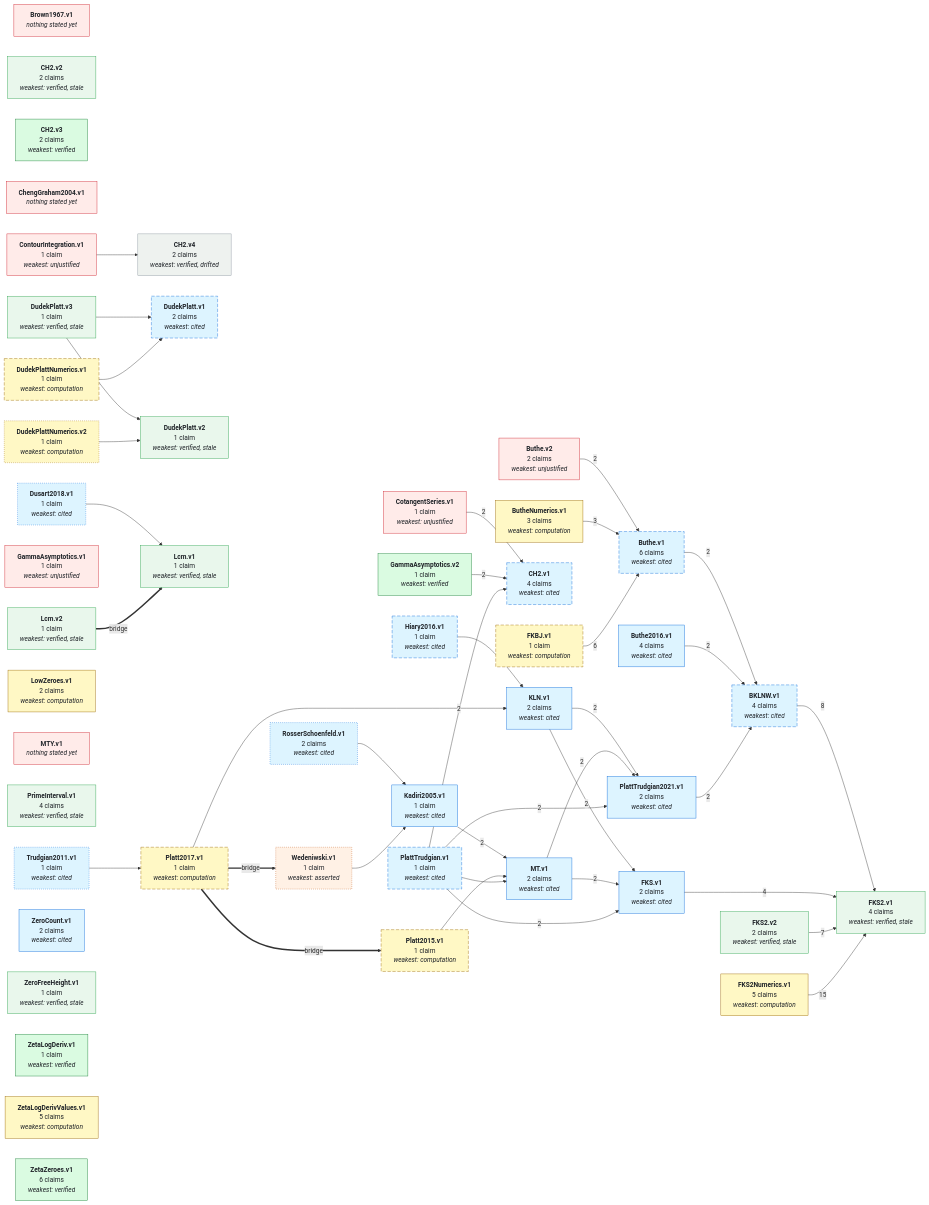
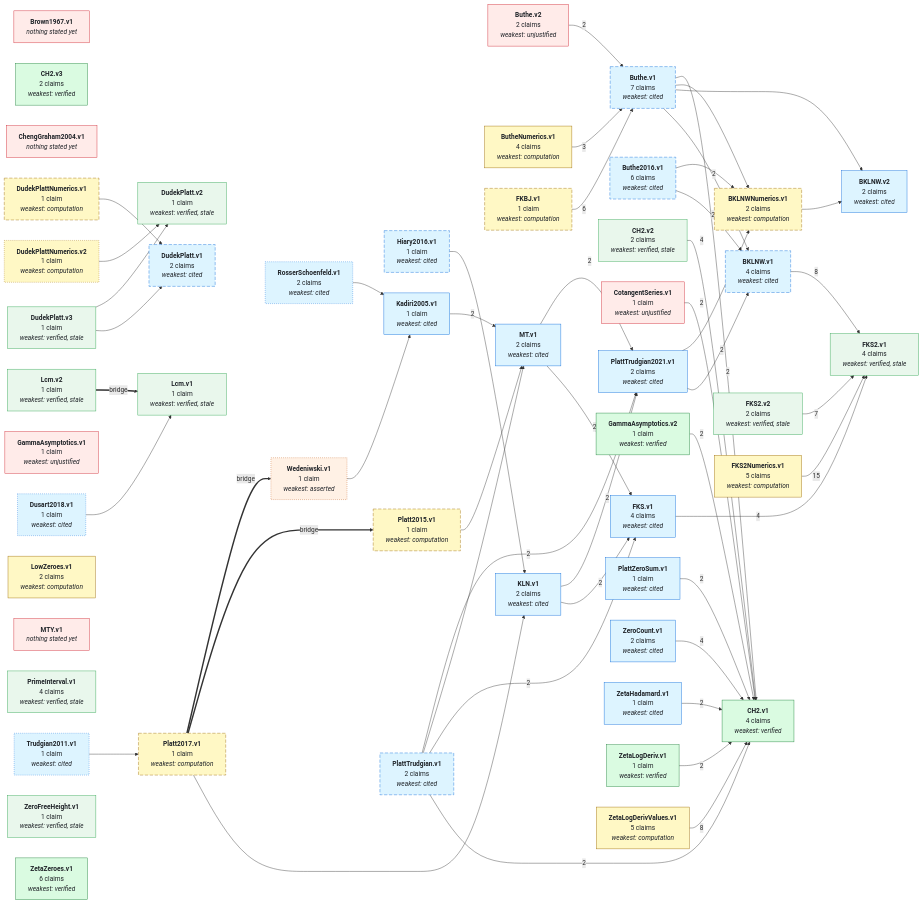
One commit to teorth/IEANTN changed the first of 2 diagrams in GRAPH.md. Above: the diagram before and after it, drawn with Mermaid. The commit also changed other lines of this file and 17 other files, not shown here.

````diff
--- a/GRAPH.md
+++ b/GRAPH.md
@@ -53,17 +53,17 @@
 ```mermaid
 graph LR
   NBKLNW_v1["<b>BKLNW.v1</b><br/>4 claims<br/><i>weakest: cited</i>"]
+  NBKLNW_v2["<b>BKLNW.v2</b><br/>2 claims<br/><i>weakest: cited</i>"]
+  NBKLNWNumerics_v1["<b>BKLNWNumerics.v1</b><br/>2 claims<br/><i>weakest: computation</i>"]
   NBrown1967_v1["<b>Brown1967.v1</b><br/><i>nothing stated yet</i>"]
-  NButhe_v1["<b>Buthe.v1</b><br/>6 claims<br/><i>weakest: cited</i>"]
+  NButhe_v1["<b>Buthe.v1</b><br/>7 claims<br/><i>weakest: cited</i>"]
   NButhe_v2["<b>Buthe.v2</b><br/>2 claims<br/><i>weakest: unjustified</i>"]
-  NButhe2016_v1["<b>Buthe2016.v1</b><br/>4 claims<br/><i>weakest: cited</i>"]
-  NButheNumerics_v1["<b>ButheNumerics.v1</b><br/>3 claims<br/><i>weakest: computation</i>"]
-  NCH2_v1["<b>CH2.v1</b><br/>4 claims<br/><i>weakest: cited</i>"]
+  NButhe2016_v1["<b>Buthe2016.v1</b><br/>6 claims<br/><i>weakest: cited</i>"]
+  NButheNumerics_v1["<b>ButheNumerics.v1</b><br/>4 claims<br/><i>weakest: computation</i>"]
+  NCH2_v1["<b>CH2.v1</b><br/>4 claims<br/><i>weakest: verified</i>"]
   NCH2_v2["<b>CH2.v2</b><br/>2 claims<br/><i>weakest: verified, stale</i>"]
   NCH2_v3["<b>CH2.v3</b><br/>2 claims<br/><i>weakest: verified</i>"]
-  NCH2_v4["<b>CH2.v4</b><br/>2 claims<br/><i>weakest: verified, drifted</i>"]
   NChengGraham2004_v1["<b>ChengGraham2004.v1</b><br/><i>nothing stated yet</i>"]
-  NContourIntegration_v1["<b>ContourIntegration.v1</b><br/>1 claim<br/><i>weakest: unjustified</i>"]
   NCotangentSeries_v1["<b>CotangentSeries.v1</b><br/>1 claim<br/><i>weakest: unjustified</i>"]
   NDudekPlatt_v1["<b>DudekPlatt.v1</b><br/>2 claims<br/><i>weakest: cited</i>"]
   NDudekPlatt_v2["<b>DudekPlatt.v2</b><br/>1 claim<br/><i>weakest: verified, stale</i>"]
@@ -72,7 +72,7 @@
   NDudekPlattNumerics_v2["<b>DudekPlattNumerics.v2</b><br/>1 claim<br/><i>weakest: computation</i>"]
   NDusart2018_v1["<b>Dusart2018.v1</b><br/>1 claim<br/><i>weakest: cited</i>"]
   NFKBJ_v1["<b>FKBJ.v1</b><br/>1 claim<br/><i>weakest: computation</i>"]
-  NFKS_v1["<b>FKS.v1</b><br/>2 claims<br/><i>weakest: cited</i>"]
+  NFKS_v1["<b>FKS.v1</b><br/>4 claims<br/><i>weakest: cited</i>"]
   NFKS2_v1["<b>FKS2.v1</b><br/>4 claims<br/><i>weakest: verified, stale</i>"]
   NFKS2_v2["<b>FKS2.v2</b><br/>2 claims<br/><i>weakest: verified, stale</i>"]
   NFKS2Numerics_v1["<b>FKS2Numerics.v1</b><br/>5 claims<br/><i>weakest: computation</i>"]
@@ -88,23 +88,30 @@
   NMTY_v1["<b>MTY.v1</b><br/><i>nothing stated yet</i>"]
   NPlatt2015_v1["<b>Platt2015.v1</b><br/>1 claim<br/><i>weakest: computation</i>"]
   NPlatt2017_v1["<b>Platt2017.v1</b><br/>1 claim<br/><i>weakest: computation</i>"]
-  NPlattTrudgian_v1["<b>PlattTrudgian.v1</b><br/>1 claim<br/><i>weakest: cited</i>"]
+  NPlattTrudgian_v1["<b>PlattTrudgian.v1</b><br/>2 claims<br/><i>weakest: cited</i>"]
   NPlattTrudgian2021_v1["<b>PlattTrudgian2021.v1</b><br/>2 claims<br/><i>weakest: cited</i>"]
+  NPlattZeroSum_v1["<b>PlattZeroSum.v1</b><br/>1 claim<br/><i>weakest: cited</i>"]
   NPrimeInterval_v1["<b>PrimeInterval.v1</b><br/>4 claims<br/><i>weakest: verified, stale</i>"]
   NRosserSchoenfeld_v1["<b>RosserSchoenfeld.v1</b><br/>2 claims<br/><i>weakest: cited</i>"]
   NTrudgian2011_v1["<b>Trudgian2011.v1</b><br/>1 claim<br/><i>weakest: cited</i>"]
   NWedeniwski_v1["<b>Wedeniwski.v1</b><br/>1 claim<br/><i>weakest: asserted</i>"]
   NZeroCount_v1["<b>ZeroCount.v1</b><br/>2 claims<br/><i>weakest: cited</i>"]
   NZeroFreeHeight_v1["<b>ZeroFreeHeight.v1</b><br/>1 claim<br/><i>weakest: verified, stale</i>"]
+  NZetaHadamard_v1["<b>ZetaHadamard.v1</b><br/>1 claim<br/><i>weakest: cited</i>"]
   NZetaLogDeriv_v1["<b>ZetaLogDeriv.v1</b><br/>1 claim<br/><i>weakest: verified</i>"]
   NZetaLogDerivValues_v1["<b>ZetaLogDerivValues.v1</b><br/>5 claims<br/><i>weakest: computation</i>"]
   NZetaZeroes_v1["<b>ZetaZeroes.v1</b><br/>6 claims<br/><i>weakest: verified</i>"]
   NBKLNW_v1 -->|8| NFKS2_v1
+  NBKLNWNumerics_v1 --> NBKLNW_v2
   NButhe_v1 -->|2| NBKLNW_v1
+  NButhe_v1 --> NBKLNW_v2
+  NButhe_v1 --> NBKLNWNumerics_v1
+  NButhe_v1 -->|2| NCH2_v1
   NButhe_v2 -->|2| NButhe_v1
   NButhe2016_v1 -->|2| NBKLNW_v1
+  NButhe2016_v1 --> NBKLNWNumerics_v1
   NButheNumerics_v1 -->|3| NButhe_v1
-  NContourIntegration_v1 --> NCH2_v4
+  NCH2_v2 -->|4| NCH2_v1
   NCotangentSeries_v1 -->|2| NCH2_v1
   NDudekPlatt_v3 --> NDudekPlatt_v1
   NDudekPlatt_v3 --> NDudekPlatt_v2
@@ -129,15 +136,22 @@
   NPlattTrudgian_v1 --> NMT_v1
   NPlattTrudgian_v1 -->|2| NPlattTrudgian2021_v1
   NPlattTrudgian2021_v1 -->|2| NBKLNW_v1
+  NPlattTrudgian2021_v1 --> NBKLNWNumerics_v1
+  NPlattZeroSum_v1 -->|2| NCH2_v1
   NRosserSchoenfeld_v1 --> NKadiri2005_v1
   NTrudgian2011_v1 --> NPlatt2017_v1
   NWedeniwski_v1 --> NKadiri2005_v1
+  NZeroCount_v1 -->|4| NCH2_v1
+  NZetaHadamard_v1 -->|2| NCH2_v1
+  NZetaLogDeriv_v1 -->|2| NCH2_v1
+  NZetaLogDerivValues_v1 -->|8| NCH2_v1
   NLcm_v2 ==>|bridge| NLcm_v1
   NPlatt2017_v1 ==>|bridge| NPlatt2015_v1
   NPlatt2017_v1 ==>|bridge| NWedeniwski_v1
   style NBKLNW_v1 stroke-dasharray: 8 4;
+  style NBKLNWNumerics_v1 stroke-dasharray: 8 4;
   style NButhe_v1 stroke-dasharray: 8 4;
-  style NCH2_v1 stroke-dasharray: 8 4;
+  style NButhe2016_v1 stroke-dasharray: 8 4;
   style NDudekPlatt_v1 stroke-dasharray: 8 4;
   style NDudekPlattNumerics_v1 stroke-dasharray: 8 4;
   style NDudekPlattNumerics_v2 stroke-dasharray: 2 3;
@@ -150,14 +164,15 @@
   style NRosserSchoenfeld_v1 stroke-dasharray: 2 3;
   style NTrudgian2011_v1 stroke-dasharray: 2 3;
   style NWedeniwski_v1 stroke-dasharray: 2 3;
-  class NBrown1967_v1,NButhe_v2,NChengGraham2004_v1,NContourIntegration_v1,NCotangentSeries_v1,NGammaAsymptotics_v1,NMTY_v1 none_yet;
-  class NCH2_v4 lean_comparator_drifted;
+  class NBrown1967_v1,NButhe_v2,NChengGraham2004_v1,NCotangentSeries_v1,NGammaAsymptotics_v1,NMTY_v1 none_yet;
   class NWedeniwski_v1 asserted;
-  class NBKLNW_v1,NButhe_v1,NButhe2016_v1,NCH2_v1,NDudekPlatt_v1,NDusart2018_v1,NFKS_v1,NHiary2016_v1,NKLN_v1,NKadiri2005_v1,NMT_v1,NPlattTrudgian_v1,NPlattTrudgian2021_v1,NRosserSchoenfeld_v1,NTrudgian2011_v1,NZeroCount_v1 literature;
-  class NButheNumerics_v1,NDudekPlattNumerics_v1,NDudekPlattNumerics_v2,NFKBJ_v1,NFKS2Numerics_v1,NLowZeroes_v1,NPlatt2015_v1,NPlatt2017_v1,NZetaLogDerivValues_v1 numerical;
+  class NBKLNW_v1,NBKLNW_v2,NButhe_v1,NButhe2016_v1,NDudekPlatt_v1,NDusart2018_v1,NFKS_v1,NHiary2016_v1,NKLN_v1,NKadiri2005_v1,NMT_v1,NPlattTrudgian_v1,NPlattTrudgian2021_v1,NPlattZeroSum_v1,NRosserSchoenfeld_v1,NTrudgian2011_v1,NZeroCount_v1,NZetaHadamard_v1 literature;
+  class NBKLNWNumerics_v1,NButheNumerics_v1,NDudekPlattNumerics_v1,NDudekPlattNumerics_v2,NFKBJ_v1,NFKS2Numerics_v1,NLowZeroes_v1,NPlatt2015_v1,NPlatt2017_v1,NZetaLogDerivValues_v1 numerical;
   class NCH2_v2,NDudekPlatt_v2,NDudekPlatt_v3,NFKS2_v1,NFKS2_v2,NLcm_v1,NLcm_v2,NPrimeInterval_v1,NZeroFreeHeight_v1 lean_comparator_stale;
-  class NCH2_v3,NGammaAsymptotics_v2,NZetaLogDeriv_v1,NZetaZeroes_v1 lean_comparator;
+  class NCH2_v1,NCH2_v3,NGammaAsymptotics_v2,NZetaLogDeriv_v1,NZetaZeroes_v1 lean_comparator;
   click NBKLNW_v1 href "https://github.com/teorth/IEANTN/blob/main/docs/nodes/BKLNW-v1.md" _blank
+  click NBKLNW_v2 href "https://github.com/teorth/IEANTN/blob/main/docs/nodes/BKLNW-v2.md" _blank
+  click NBKLNWNumerics_v1 href "https://github.com/teorth/IEANTN/blob/main/docs/nodes/BKLNWNumerics-v1.md" _blank
   click NButhe_v1 href "https://github.com/teorth/IEANTN/blob/main/docs/nodes/Buthe-v1.md" _blank
   click NButhe_v2 href "https://github.com/teorth/IEANTN/blob/main/docs/nodes/Buthe-v2.md" _blank
   click NButhe2016_v1 href "https://github.com/teorth/IEANTN/blob/main/docs/nodes/Buthe2016-v1.md" _blank
@@ -165,8 +180,6 @@
   click NCH2_v1 href "https://github.com/teorth/IEANTN/blob/main/docs/nodes/CH2-v1.md" _blank
   click NCH2_v2 href "https://github.com/teorth/IEANTN/blob/main/docs/nodes/CH2-v2.md" _blank
   click NCH2_v3 href "https://github.com/teorth/IEANTN/blob/main/docs/nodes/CH2-v3.md" _blank
-  click NCH2_v4 href "https://github.com/teorth/IEANTN/blob/main/docs/nodes/CH2-v4.md" _blank
-  click NContourIntegration_v1 href "https://github.com/teorth/IEANTN/blob/main/docs/nodes/ContourIntegration-v1.md" _blank
   click NCotangentSeries_v1 href "https://github.com/teorth/IEANTN/blob/main/docs/nodes/CotangentSeries-v1.md" _blank
   click NDudekPlatt_v1 href "https://github.com/teorth/IEANTN/blob/main/docs/nodes/DudekPlatt-v1.md" _blank
   click NDudekPlatt_v2 href "https://github.com/teorth/IEANTN/blob/main/docs/nodes/DudekPlatt-v2.md" _blank
@@ -192,12 +205,14 @@
   click NPlatt2017_v1 href "https://github.com/teorth/IEANTN/blob/main/docs/nodes/Platt2017-v1.md" _blank
   click NPlattTrudgian_v1 href "https://github.com/teorth/IEANTN/blob/main/docs/nodes/PlattTrudgian-v1.md" _blank
   click NPlattTrudgian2021_v1 href "https://github.com/teorth/IEANTN/blob/main/docs/nodes/PlattTrudgian2021-v1.md" _blank
+  click NPlattZeroSum_v1 href "https://github.com/teorth/IEANTN/blob/main/docs/nodes/PlattZeroSum-v1.md" _blank
   click NPrimeInterval_v1 href "https://github.com/teorth/IEANTN/blob/main/docs/nodes/PrimeInterval-v1.md" _blank
   click NRosserSchoenfeld_v1 href "https://github.com/teorth/IEANTN/blob/main/docs/nodes/RosserSchoenfeld-v1.md" _blank
   click NTrudgian2011_v1 href "https://github.com/teorth/IEANTN/blob/main/docs/nodes/Trudgian2011-v1.md" _blank
   click NWedeniwski_v1 href "https://github.com/teorth/IEANTN/blob/main/docs/nodes/Wedeniwski-v1.md" _blank
   click NZeroCount_v1 href "https://github.com/teorth/IEANTN/blob/main/docs/nodes/ZeroCount-v1.md" _blank
   click NZeroFreeHeight_v1 href "https://github.com/teorth/IEANTN/blob/main/docs/nodes/ZeroFreeHeight-v1.md" _blank
+  click NZetaHadamard_v1 href "https://github.com/teorth/IEANTN/blob/main/docs/nodes/ZetaHadamard-v1.md" _blank
   click NZetaLogDeriv_v1 href "https://github.com/teorth/IEANTN/blob/main/docs/nodes/ZetaLogDeriv-v1.md" _blank
   click NZetaLogDerivValues_v1 href "https://github.com/teorth/IEANTN/blob/main/docs/nodes/ZetaLogDerivValues-v1.md" _blank
   click NZetaZeroes_v1 href "https://github.com/teorth/IEANTN/blob/main/docs/nodes/ZetaZeroes-v1.md" _blank
````
